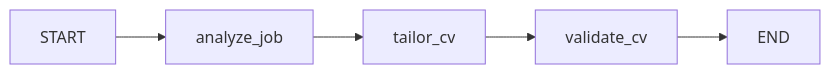
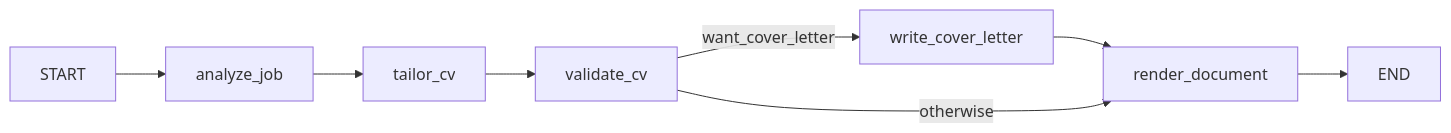
Before and after one commit to thomas-choi/Resume-Builder: the second of 3 diagrams in TECHNICAL-DESIGN.md, drawn with Mermaid. The commit also changed other lines of this file and 26 other files, not shown here.

First line of the commit message:
Phase 3 — Document agent: docx/PDF rendering + cover letter

````diff
--- a/TECHNICAL-DESIGN.md
+++ b/TECHNICAL-DESIGN.md
@@ -463,4 +510,7 @@
 ```mermaid
 flowchart LR
-    START --> analyze_job --> tailor_cv --> validate_cv --> END
+    START --> analyze_job --> tailor_cv --> validate_cv
+    validate_cv -->|want_cover_letter| write_cover_letter --> render_document
+    validate_cv -->|otherwise| render_document
+    render_document --> END
 ```
````
